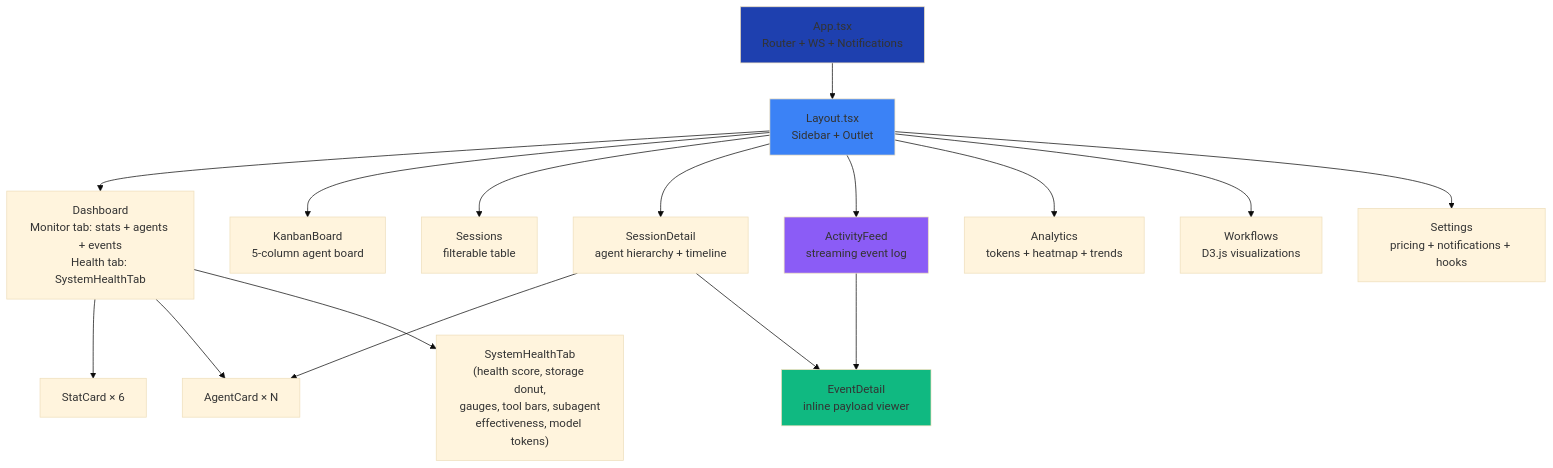
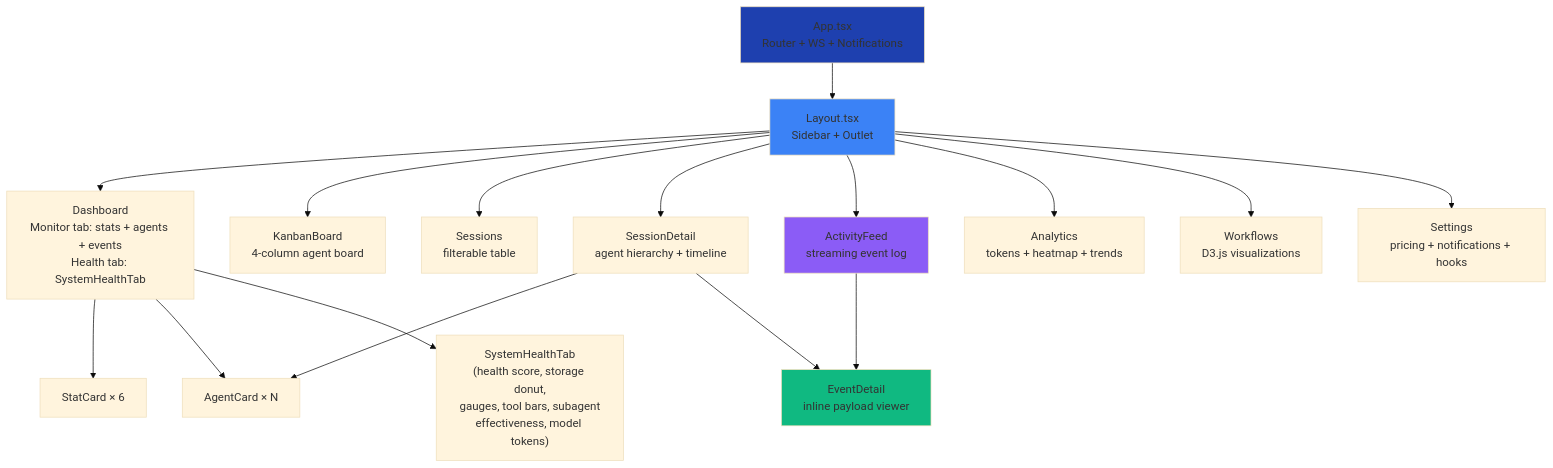
The third of 19 diagrams in client/README.md (StrainReviews/Claude-Code-Agent-Monitor), drawn with Mermaid (base theme) before and after one commit. The commit also changed other lines of this file and 7 other files, not shown here.

````diff
--- a/client/README.md
+++ b/client/README.md
@@ -224,29 +224,29 @@
 ```mermaid
 graph TB
     App[App.tsx<br/>Router + WS + Notifications]
     Layout[Layout.tsx<br/>Sidebar + Outlet]
 
     Dashboard[Dashboard<br/>Monitor tab: stats + agents + events<br/>Health tab: SystemHealthTab]
-    Kanban[KanbanBoard<br/>5-column agent board]
+    Kanban[KanbanBoard<br/>4-column agent board]
     Sessions[Sessions<br/>filterable table]
     Detail[SessionDetail<br/>agent hierarchy + timeline]
     Feed[ActivityFeed<br/>streaming event log]
     Analytics[Analytics<br/>tokens + heatmap + trends]
     Workflows[Workflows<br/>D3.js visualizations]
     Settings[Settings<br/>pricing + notifications + hooks]
 
     App --> Layout
     Layout --> Dashboard & Kanban & Sessions & Detail & Feed & Analytics & Workflows & Settings
 
     Dashboard --> StatCard[StatCard × 6]
     Dashboard --> AgentCard[AgentCard × N]
     Dashboard --> HealthTab["SystemHealthTab<br/>(health score, storage donut,<br/>gauges, tool bars, subagent<br/>effectiveness, model tokens)"]
     Detail --> AgentCard
     Feed --> EventDetail[EventDetail<br/>inline payload viewer]
     Detail --> EventDetail
 
     style App fill:#1E40AF
     style Layout fill:#3B82F6
     style Feed fill:#8B5CF6
     style EventDetail fill:#10B981
 ```
````
